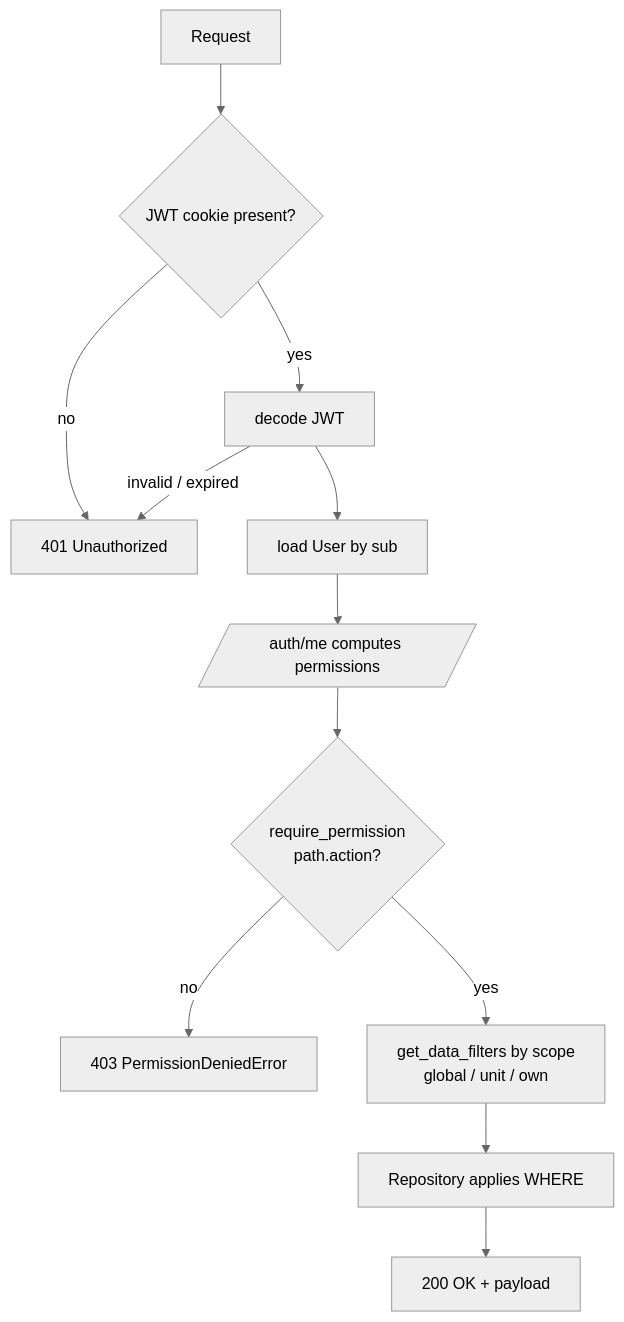
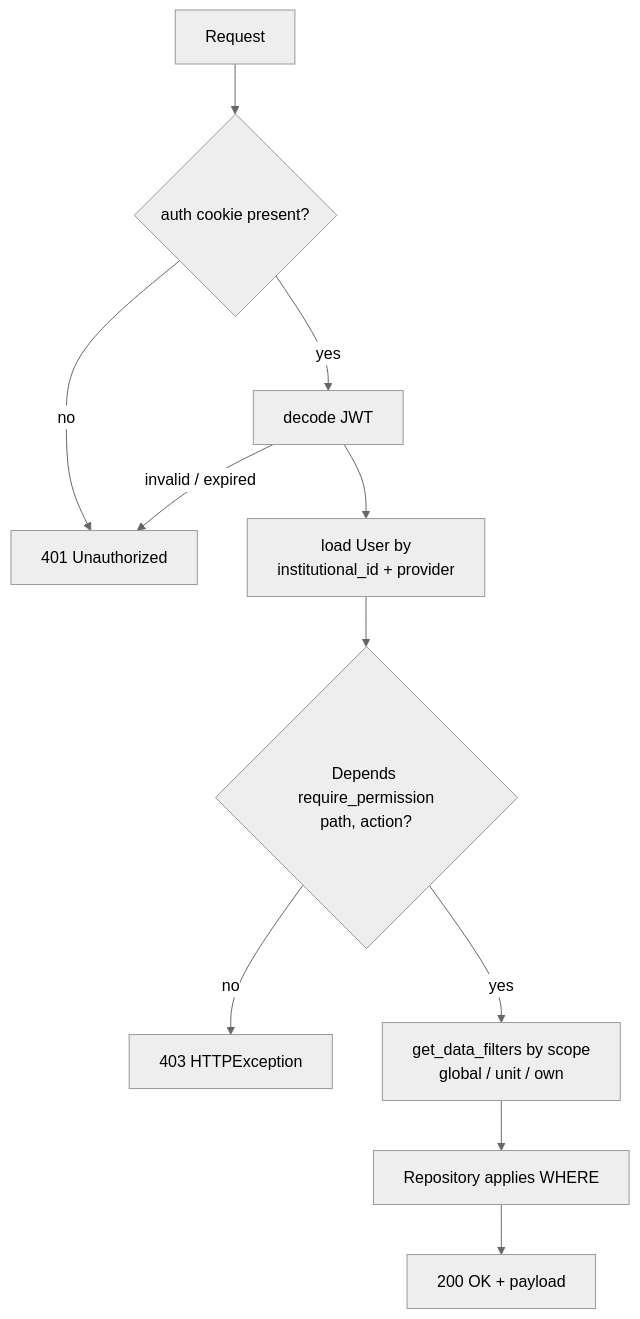
The second of 2 diagrams in docs/src/backend/05-REQUEST_FLOW.md (EPFL-ENAC/co2-calculator), drawn with Mermaid (neutral theme) before and after one commit. The commit also changed other lines of this file, not shown here.

First line of the commit message:
docs(#860): C2 address copilot review — align with actual auth/permission/audit flow

````diff
--- a/docs/src/backend/05-REQUEST_FLOW.md
+++ b/docs/src/backend/05-REQUEST_FLOW.md
@@ -56,14 +64,13 @@
 ```mermaid
 flowchart TD
-    A[Request] --> B{JWT cookie present?}
+    A[Request] --> B{auth cookie present?}
     B -- no --> R401[401 Unauthorized]
     B -- yes --> C[decode JWT]
     C -->|invalid / expired| R401
-    C --> D[load User by sub]
-    D --> E[/auth/me computes permissions/]
-    E --> F{require_permission<br/>path.action?}
-    F -- no --> R403[403 PermissionDeniedError]
-    F -- yes --> G[get_data_filters by scope<br/>global / unit / own]
+    C --> D[load User by<br/>institutional_id + provider]
+    D --> E{Depends require_permission<br/>path, action?}
+    E -- no --> R403[403 HTTPException]
+    E -- yes --> G[get_data_filters by scope<br/>global / unit / own]
     G --> H[Repository applies WHERE]
     H --> I[200 OK + payload]
 ```
````
